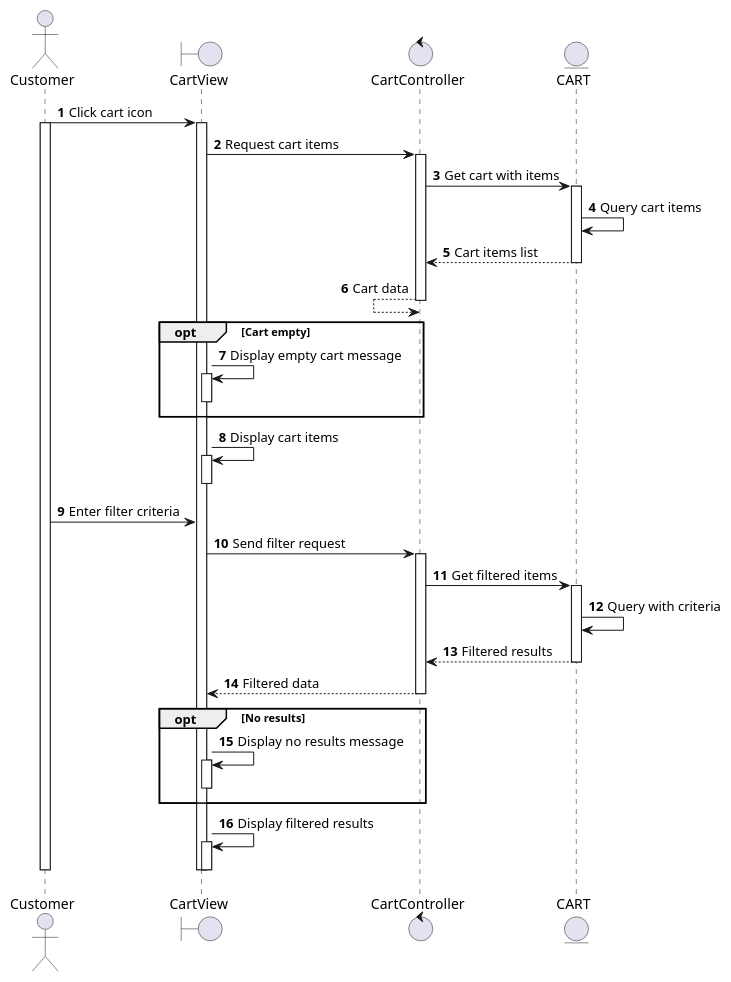
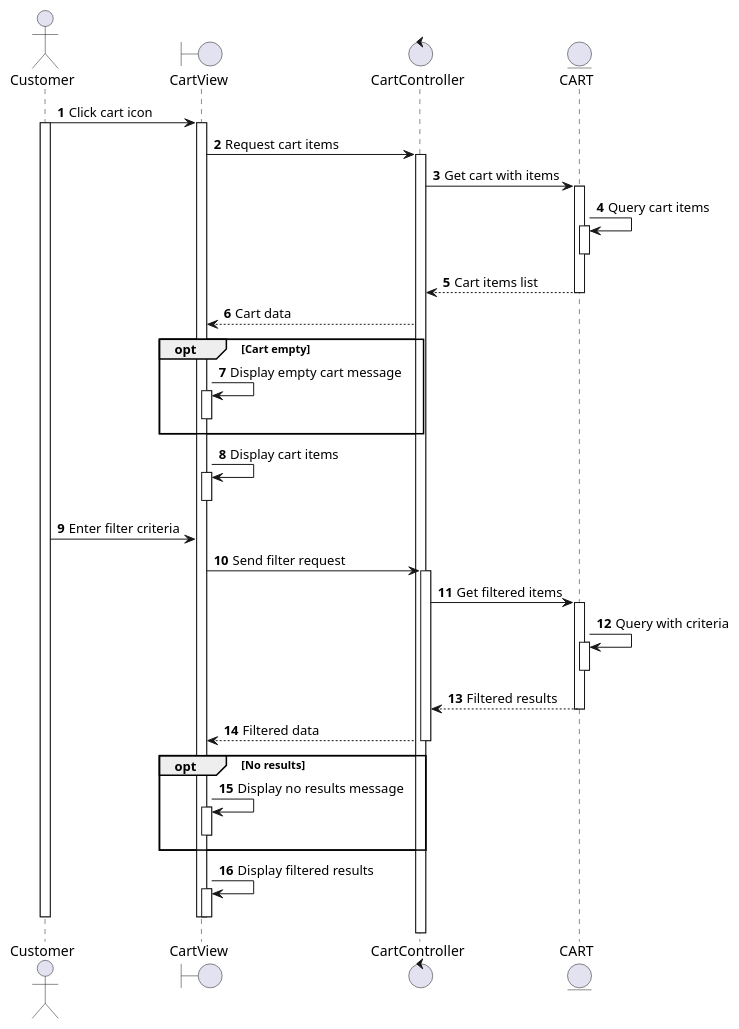
The diagram in docs/docs/sequence/adjust-cart/view-and-filter-trips-in-cart.md (se113-wm/se113-wm.github.io), drawn with PlantUML before and after one commit. The commit also changed 37 other files, not shown here.

First line of the commit message:
Refactor sequence diagrams for booking and trip management

````diff
--- a/docs/docs/sequence/adjust-cart/view-and-filter-trips-in-cart.md
+++ b/docs/docs/sequence/adjust-cart/view-and-filter-trips-in-cart.md
@@ -3,58 +3,63 @@
 ```plantuml
 @startuml
 autonumber
 
 actor Customer as C
 boundary CartView as CV
 control CartController as CC
 entity CART as CA
 
 C -> CV: Click cart icon
 activate C
 activate CV
 CV -> CC: Request cart items
 activate CC
 CC -> CA: Get cart with items
 activate CA
 CA -> CA: Query cart items
+activate CA
+deactivate CA
 CC <-- CA: Cart items list
 deactivate CA
-CC <-- CC: Cart data
-deactivate CC
+CC --> CV: Cart data
+
 
 opt Cart empty
   CV -> CV: Display empty cart message
   activate CV
   deactivate CV
 end
 
 CV -> CV: Display cart items
 activate CV
 deactivate CV
 
 C -> CV: Enter filter criteria
 CV -> CC: Send filter request
 activate CC
 CC -> CA: Get filtered items
 activate CA
 CA -> CA: Query with criteria
+activate CA
+deactivate CA
+
 CC <-- CA: Filtered results
 deactivate CA
 CV <-- CC: Filtered data
 deactivate CC
 
 opt No results
   CV -> CV: Display no results message
   activate CV
   deactivate CV
 end
 
 CV -> CV: Display filtered results
 activate CV
 deactivate CV
 
 deactivate CV
 deactivate C
 
 @enduml
 ```
````
